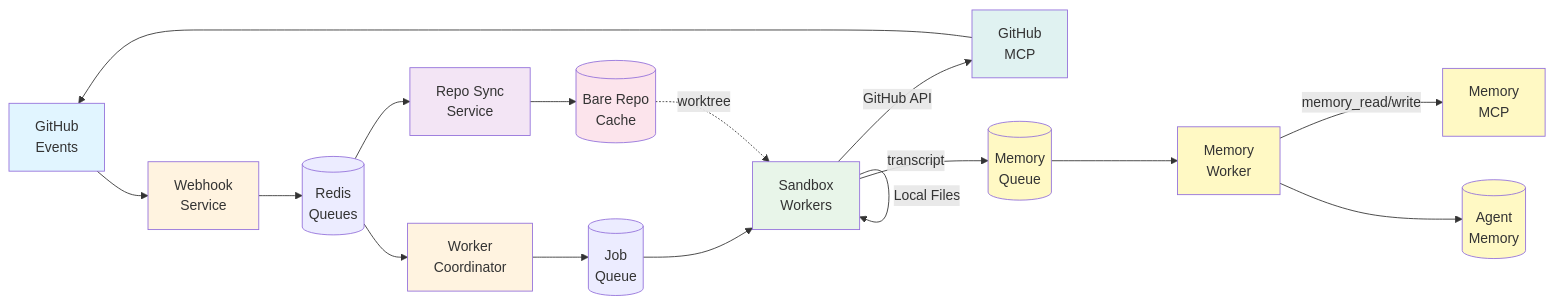
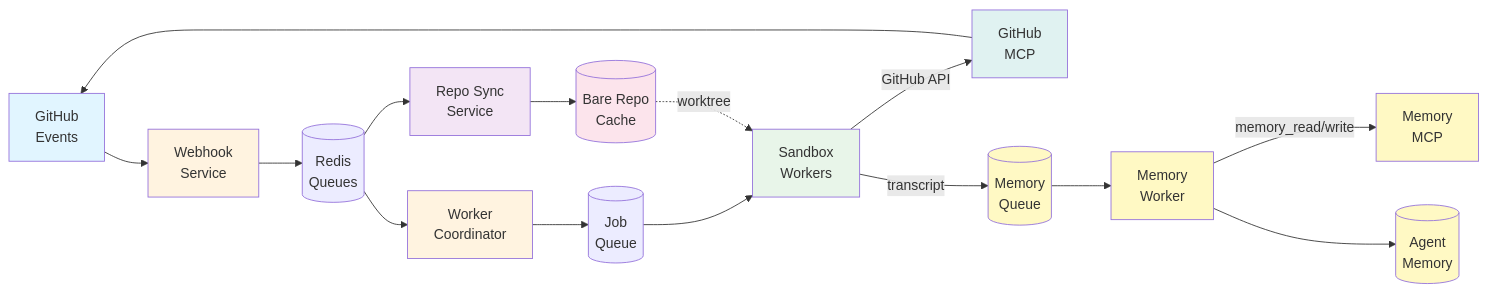
Before and after one commit to GabsFranke/claude-code-github-agent: the diagram in docs/ARCHITECTURE.md, drawn with Mermaid.

Commit message:
docs(architecture): Remove redundant self-reference in sandbox workers diagram
- Remove duplicate self-referential arrow from Sandbox Workers node
- Simplify flowchart by eliminating unnecessary "Local Files" connection
- Improve diagram clarity and reduce visual clutter

````diff
--- a/docs/ARCHITECTURE.md
+++ b/docs/ARCHITECTURE.md
@@ -7,37 +7,36 @@
 ```mermaid
 flowchart LR
     GH[GitHub<br/>Events] --> WH[Webhook<br/>Service]
 
     WH --> RQ[(Redis<br/>Queues)]
 
     RQ --> W[Worker<br/>Coordinator]
     RQ --> RS[Repo Sync<br/>Service]
 
     W --> JQ[(Job<br/>Queue)]
     RS --> CACHE[(Bare Repo<br/>Cache)]
 
     JQ --> SW[Sandbox<br/>Workers]
     CACHE -.->|worktree| SW
 
-    SW --> |Local Files| SW
     SW --> |GitHub API| MCP[GitHub<br/>MCP]
     SW --> |transcript| MEMQ[(Memory<br/>Queue)]
 
     MEMQ --> MW[Memory<br/>Worker]
     MW --> |memory_read/write| MEM_MCP[Memory<br/>MCP]
     MW --> MEM_VOL[(Agent<br/>Memory)]
 
     MCP --> GH
 
     style GH fill:#e1f5ff
     style WH fill:#fff3e0
     style W fill:#fff3e0
     style RS fill:#f3e5f5
     style SW fill:#e8f5e9
     style CACHE fill:#fce4ec
     style MCP fill:#e0f2f1
     style MW fill:#fff9c4
     style MEM_MCP fill:#fff9c4
     style MEM_VOL fill:#fff9c4
     style MEMQ fill:#fff9c4
 ```
````
